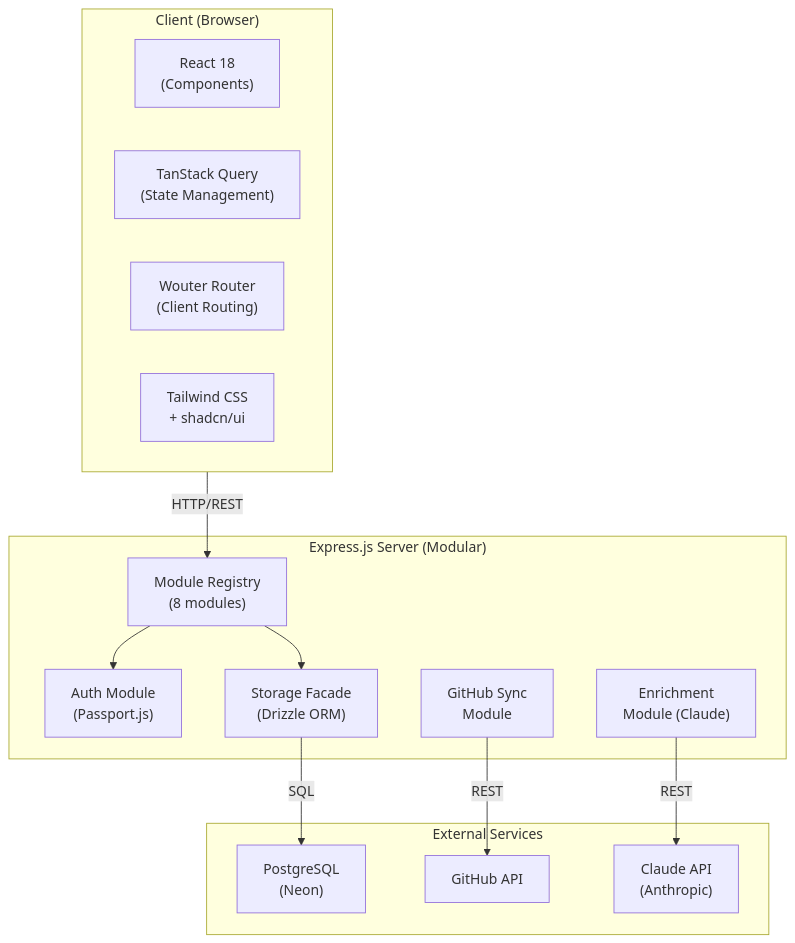
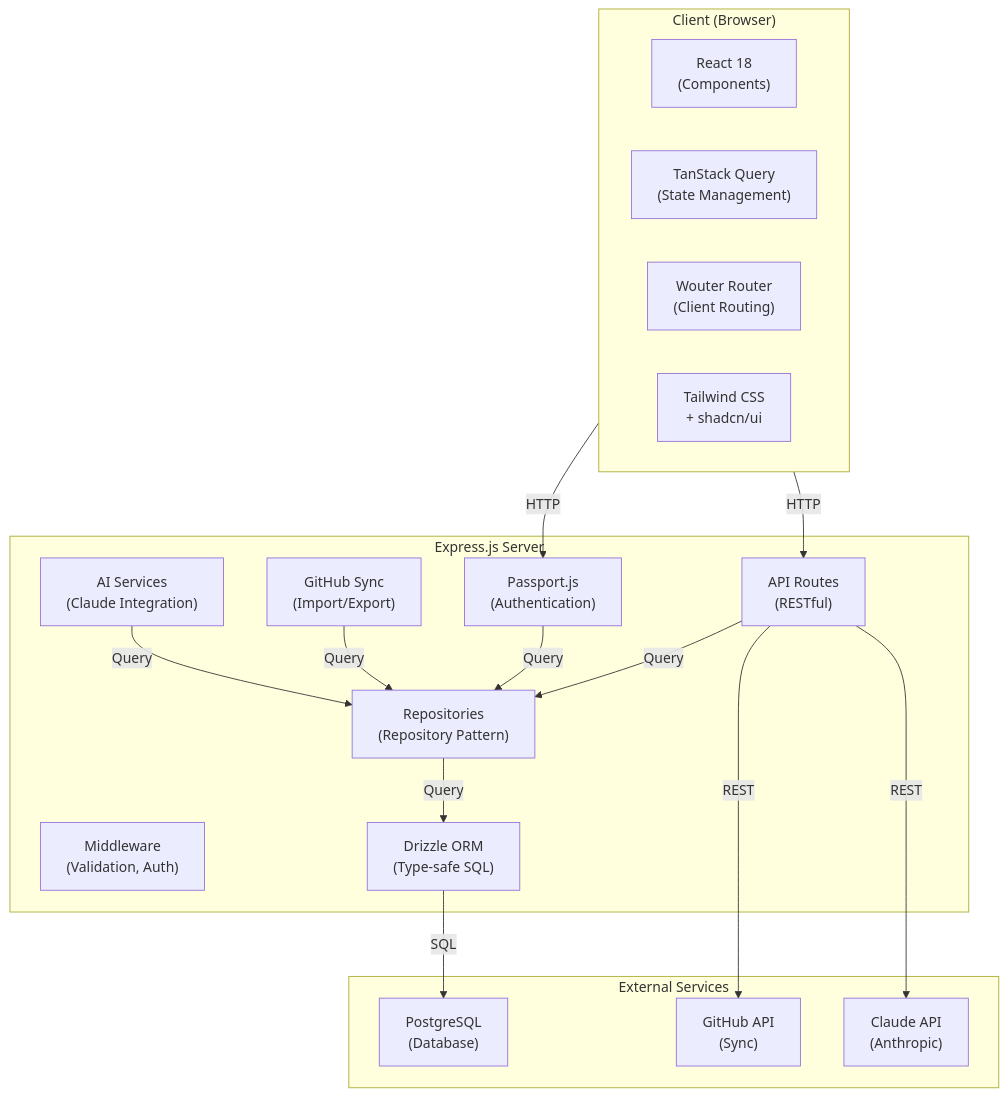
The first of 7 diagrams in docs/ARCHITECTURE.md (krzemienski/awesome-list-site), drawn with Mermaid before and after one commit. The commit also changed other lines of this file and 22 other files, not shown here.

First line of the commit message:
refactor(server): split storage into domain repositories

````diff
--- a/docs/ARCHITECTURE.md
+++ b/docs/ARCHITECTURE.md
@@ -539,30 +11,36 @@
 ```mermaid
 graph TB
     subgraph Client["Client (Browser)"]
         React["React 18<br/>(Components)"]
         TQ["TanStack Query<br/>(State Management)"]
         Router["Wouter Router<br/>(Client Routing)"]
         UI["Tailwind CSS<br/>+ shadcn/ui"]
     end
 
-    subgraph Server["Express.js Server (Modular)"]
-        Routes["Module Registry<br/>(8 modules)"]
-        Auth["Auth Module<br/>(Passport.js)"]
-        Storage["Storage Facade<br/>(Drizzle ORM)"]
-        GitHub["GitHub Sync<br/>Module"]
-        AI["Enrichment<br/>Module (Claude)"]
+    subgraph Server["Express.js Server"]
+        Routes["API Routes<br/>(RESTful)"]
+        Auth["Passport.js<br/>(Authentication)"]
+        Middleware["Middleware<br/>(Validation, Auth)"]
+        Repos["Repositories<br/>(Repository Pattern)"]
+        ORM["Drizzle ORM<br/>(Type-safe SQL)"]
+        GitHub["GitHub Sync<br/>(Import/Export)"]
+        AI["AI Services<br/>(Claude Integration)"]
     end
 
     subgraph External["External Services"]
-        DB["PostgreSQL<br/>(Neon)"]
-        GH["GitHub API"]
+        DB["PostgreSQL<br/>(Database)"]
+        GH["GitHub API<br/>(Sync)"]
         Claude["Claude API<br/>(Anthropic)"]
     end
 
-    Client -->|HTTP/REST| Routes
-    Routes --> Auth
-    Routes --> Storage
-    Storage -->|SQL| DB
-    GitHub -->|REST| GH
-    AI -->|REST| Claude
+    Client -->|HTTP| Routes
+    Client -->|HTTP| Auth
+    Routes -->|Query| Repos
+    Auth -->|Query| Repos
+    Repos -->|Query| ORM
+    ORM -->|SQL| DB
+    GitHub -->|Query| Repos
+    AI -->|Query| Repos
+    Routes -->|REST| GH
+    Routes -->|REST| Claude
 ```
````
